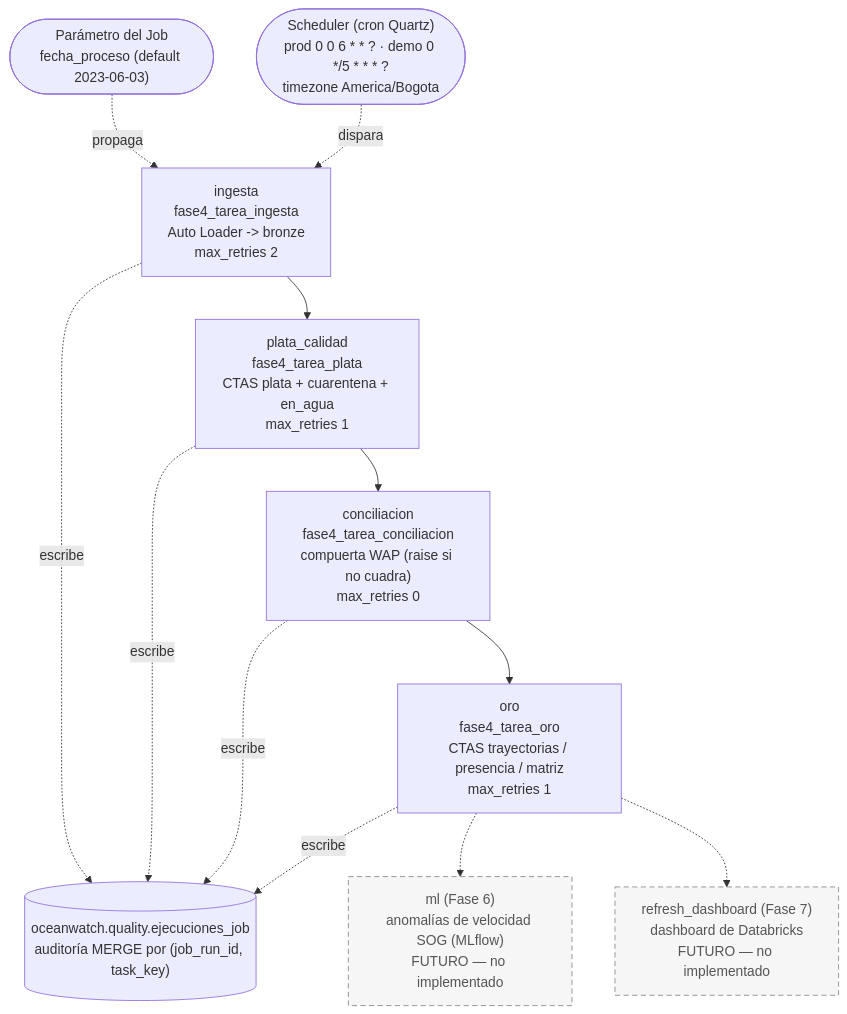
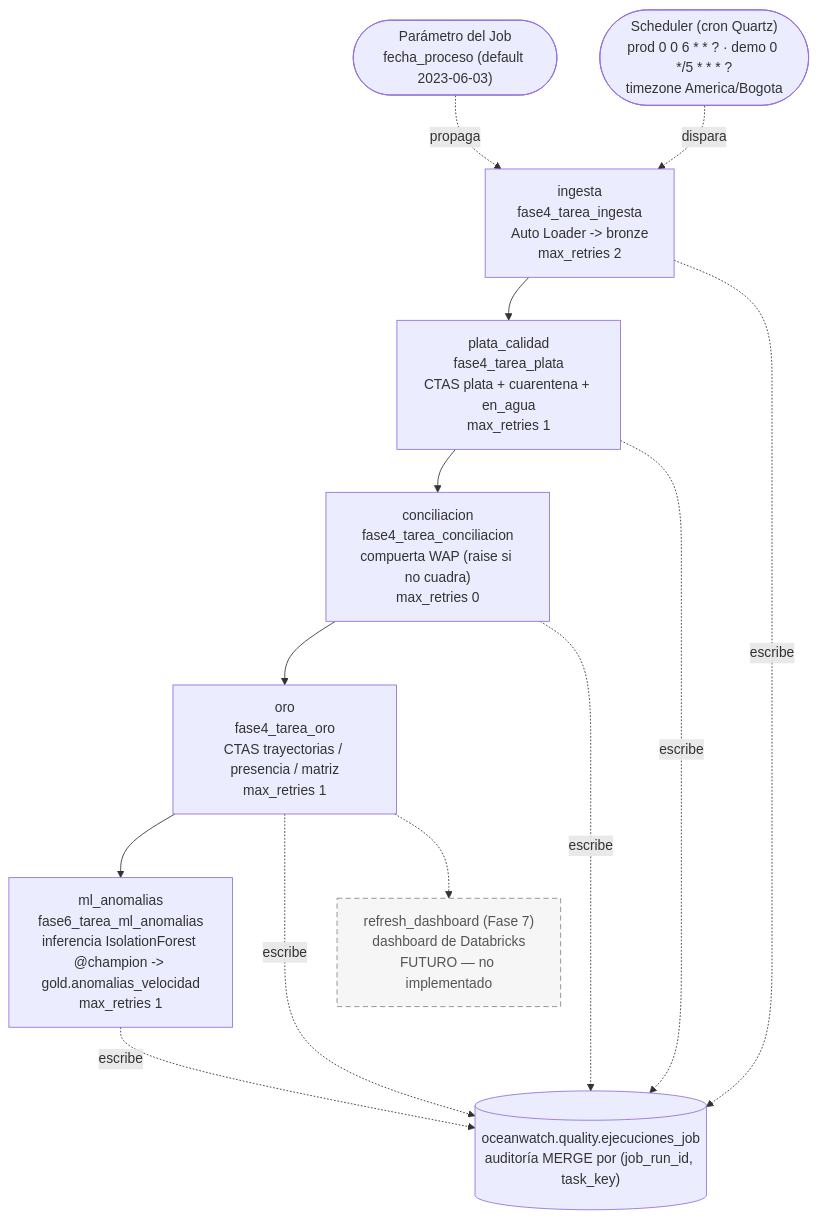
One commit to danteboe/MINE4213-Proyecto changed the diagram in docs/architecture/fase4-dag-orquestacion.md. Above: the diagram before and after it, drawn with Mermaid. The commit also changed other lines of this file and 6 other files, not shown here.

Commit message:
feat(ml): integrar inferencia de anomalias SOG en el Job (tarea ml_anomalias) + gold.anomalias_velocidad (FEAT-003)

````diff
--- a/docs/architecture/fase4-dag-orquestacion.md
+++ b/docs/architecture/fase4-dag-orquestacion.md
@@ -16,23 +16,24 @@
 ```mermaid
 flowchart TD
     P(["Parámetro del Job\nfecha_proceso (default 2023-06-03)"]) -.propaga.-> ING
     S(["Scheduler (cron Quartz)\nprod 0 0 6 * * ? · demo 0 */5 * * * ?\ntimezone America/Bogota"]) -.dispara.-> ING
 
     ING["ingesta\nfase4_tarea_ingesta\nAuto Loader -> bronze\nmax_retries 2"]
     PLA["plata_calidad\nfase4_tarea_plata\nCTAS plata + cuarentena + en_agua\nmax_retries 1"]
     CON["conciliacion\nfase4_tarea_conciliacion\ncompuerta WAP (raise si no cuadra)\nmax_retries 0"]
     ORO["oro\nfase4_tarea_oro\nCTAS trayectorias / presencia / matriz\nmax_retries 1"]
+    ML["ml_anomalias\nfase6_tarea_ml_anomalias\ninferencia IsolationForest @champion -> gold.anomalias_velocidad\nmax_retries 1"]
 
-    ING --> PLA --> CON --> ORO
+    ING --> PLA --> CON --> ORO --> ML
 
     ING -.escribe.-> AUD[("oceanwatch.quality.ejecuciones_job\nauditoría MERGE por (job_run_id, task_key)")]
     PLA -.escribe.-> AUD
     CON -.escribe.-> AUD
     ORO -.escribe.-> AUD
+    ML -.escribe.-> AUD
 
-    ORO -.-> ML["ml (Fase 6)\nanomalías de velocidad SOG (MLflow)\nFUTURO — no implementado"]
     ORO -.-> DASH["refresh_dashboard (Fase 7)\ndashboard de Databricks\nFUTURO — no implementado"]
 
     classDef futuro stroke-dasharray: 6 4,stroke:#888,color:#555,fill:#f6f6f6;
-    class ML,DASH futuro;
+    class DASH futuro;
 ```
````
